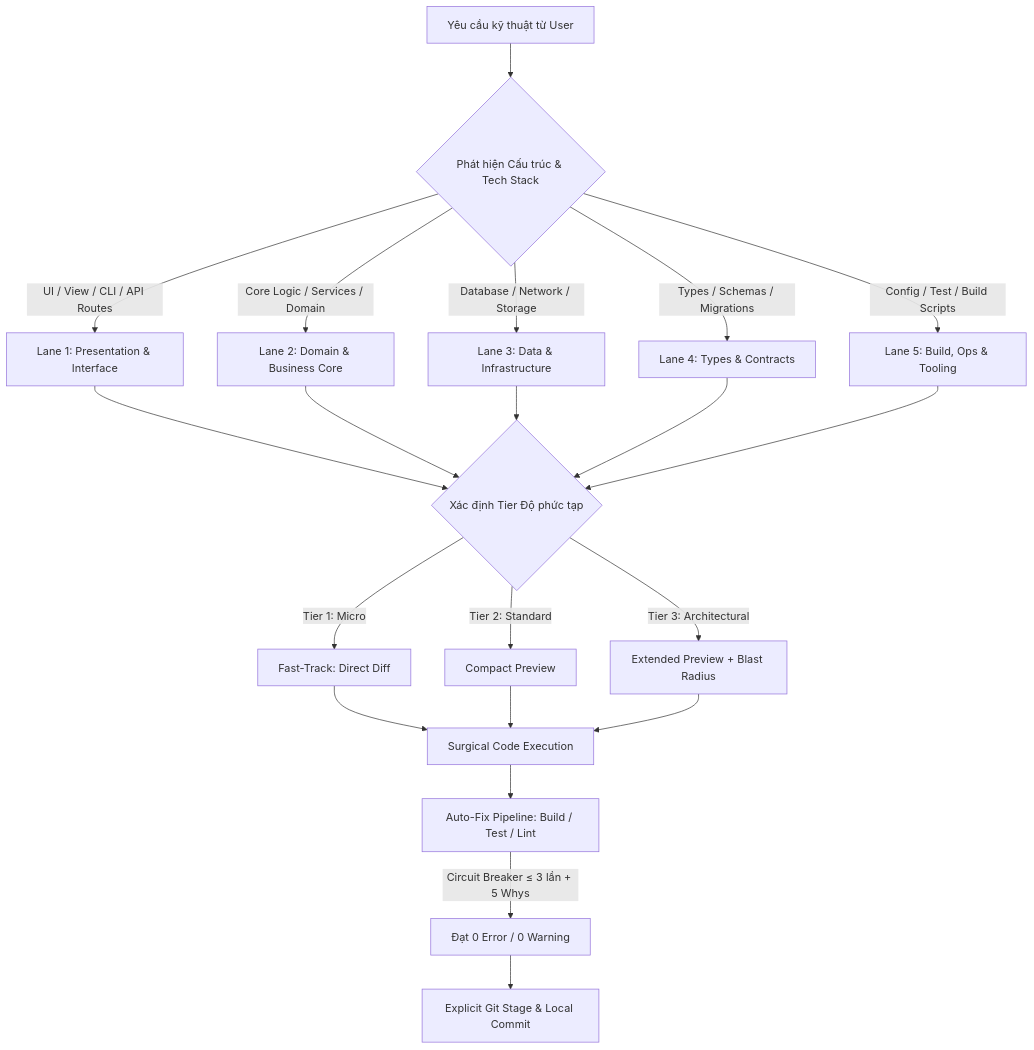
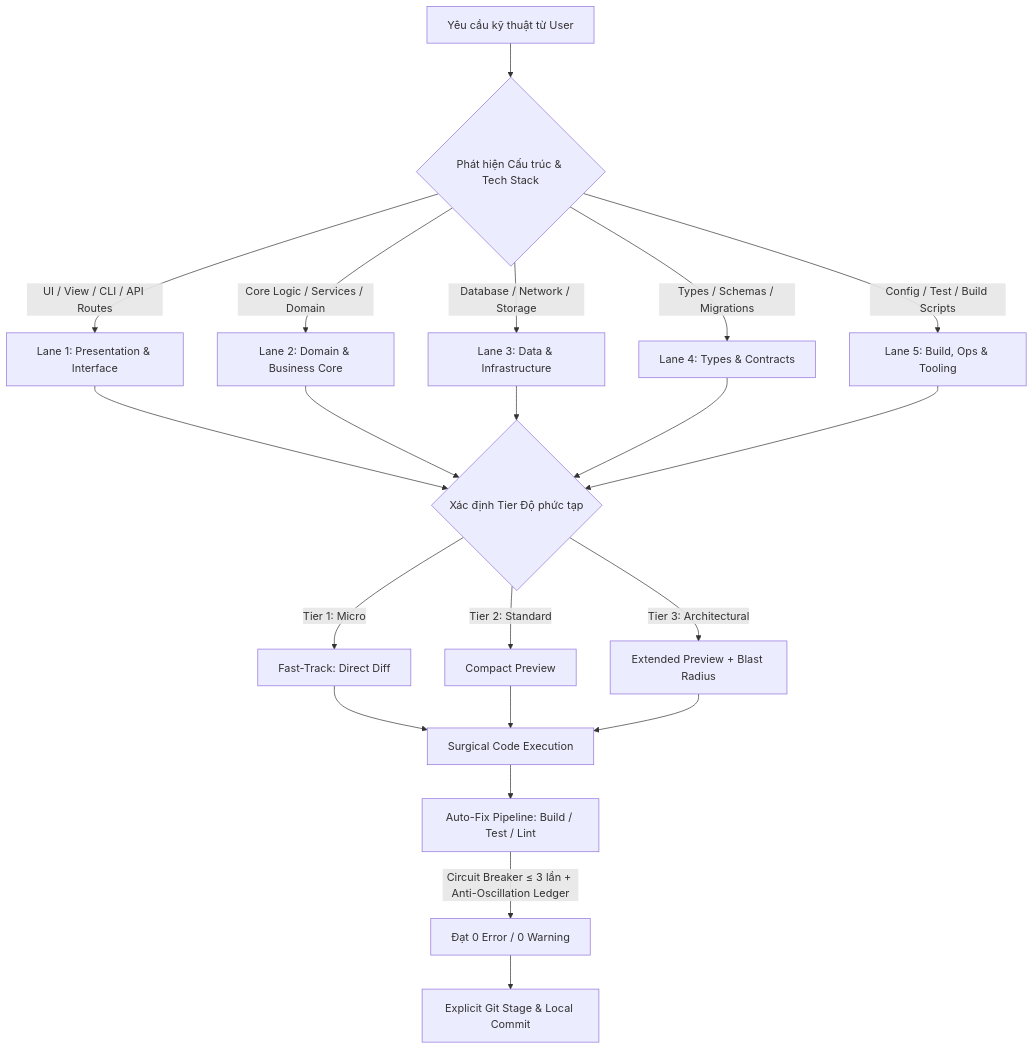
One commit to ghostminhtoan/teamwork-preview-protocol-GMTPC changed the third of 3 diagrams in SKILL.md. Above: the diagram before and after it, drawn with Mermaid. The commit also changed other lines of this file and 1 other file, not shown here.

Commit message:
feat(skill): add zero-assumption grounding, memory recall and anti-oscillation circuit breaker

````diff
--- a/SKILL.md
+++ b/SKILL.md
@@ -108,19 +156,19 @@
 ```mermaid
 graph TD
     A[Yêu cầu kỹ thuật từ User] --> B{Phát hiện Cấu trúc & Tech Stack}
     B -->|UI / View / CLI / API Routes| C[Lane 1: Presentation & Interface]
     B -->|Core Logic / Services / Domain| D[Lane 2: Domain & Business Core]
     B -->|Database / Network / Storage| E[Lane 3: Data & Infrastructure]
     B -->|Types / Schemas / Migrations| F[Lane 4: Types & Contracts]
     B -->|Config / Test / Build Scripts| G[Lane 5: Build, Ops & Tooling]
     
     C & D & E & F & G --> H{Xác định Tier Độ phức tạp}
     H -->|Tier 1: Micro| I[Fast-Track: Direct Diff]
     H -->|Tier 2: Standard| J[Compact Preview]
     H -->|Tier 3: Architectural| K[Extended Preview + Blast Radius]
     
     I & J & K --> L[Surgical Code Execution]
     L --> M[Auto-Fix Pipeline: Build / Test / Lint]
-    M -->|Circuit Breaker ≤ 3 lần + 5 Whys| N[Đạt 0 Error / 0 Warning]
+    M -->|Circuit Breaker ≤ 3 lần + Anti-Oscillation Ledger| N[Đạt 0 Error / 0 Warning]
     N --> O[Explicit Git Stage & Local Commit]
 ```
````
